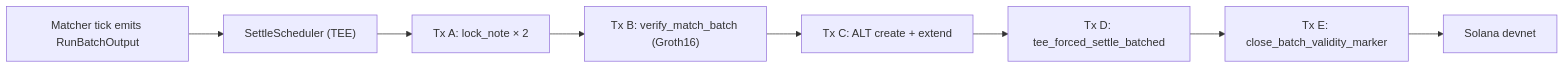
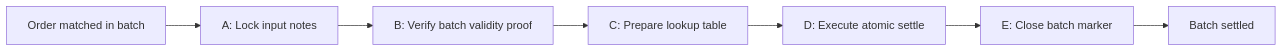
Before and after one commit to adityamane765/v2: the diagram in docs/site/07-settlement-pipeline.md, drawn with Mermaid. The commit also changed other lines of this file and 20 other files, not shown here.

````diff
--- a/docs/site/07-settlement-pipeline.md
+++ b/docs/site/07-settlement-pipeline.md
@@ -19,14 +20,9 @@
 ```mermaid
 flowchart LR
-  MATCHER["Matcher tick emits RunBatchOutput"]
-  SCHED["SettleScheduler (TEE)"]
-  CHAIN["Solana devnet"]
-  A["Tx A: lock_note × 2"]
-  B["Tx B: verify_match_batch (Groth16)"]
-  C["Tx C: ALT create + extend"]
-  D["Tx D: tee_forced_settle_batched"]
-  E["Tx E: close_batch_validity_marker"]
-
-  MATCHER --> SCHED
-  SCHED --> A --> B --> C --> D --> E --> CHAIN
+  MATCHER["Order matched in batch"] --> A["A: Lock input notes"]
+  A --> B["B: Verify batch validity proof"]
+  B --> C["C: Prepare lookup table"]
+  C --> D["D: Execute atomic settle"]
+  D --> E["E: Close batch marker"]
+  E --> DONE["Batch settled"]
 ```
````
